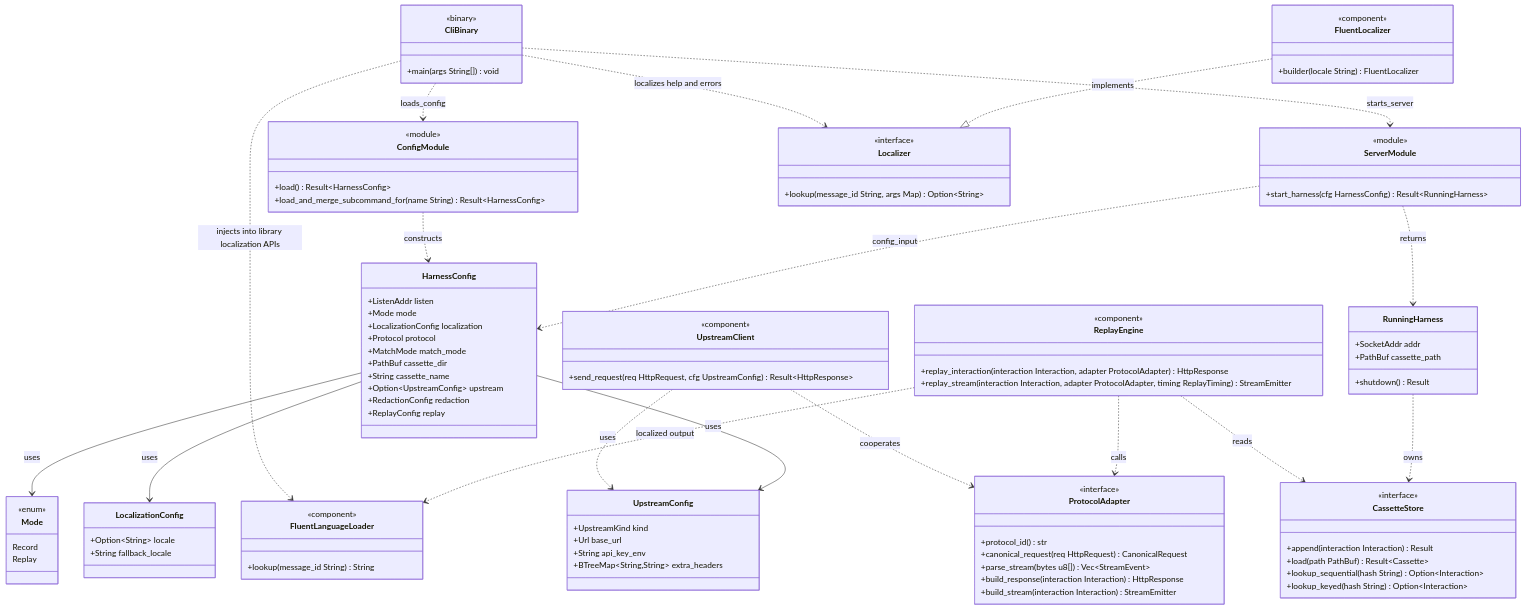
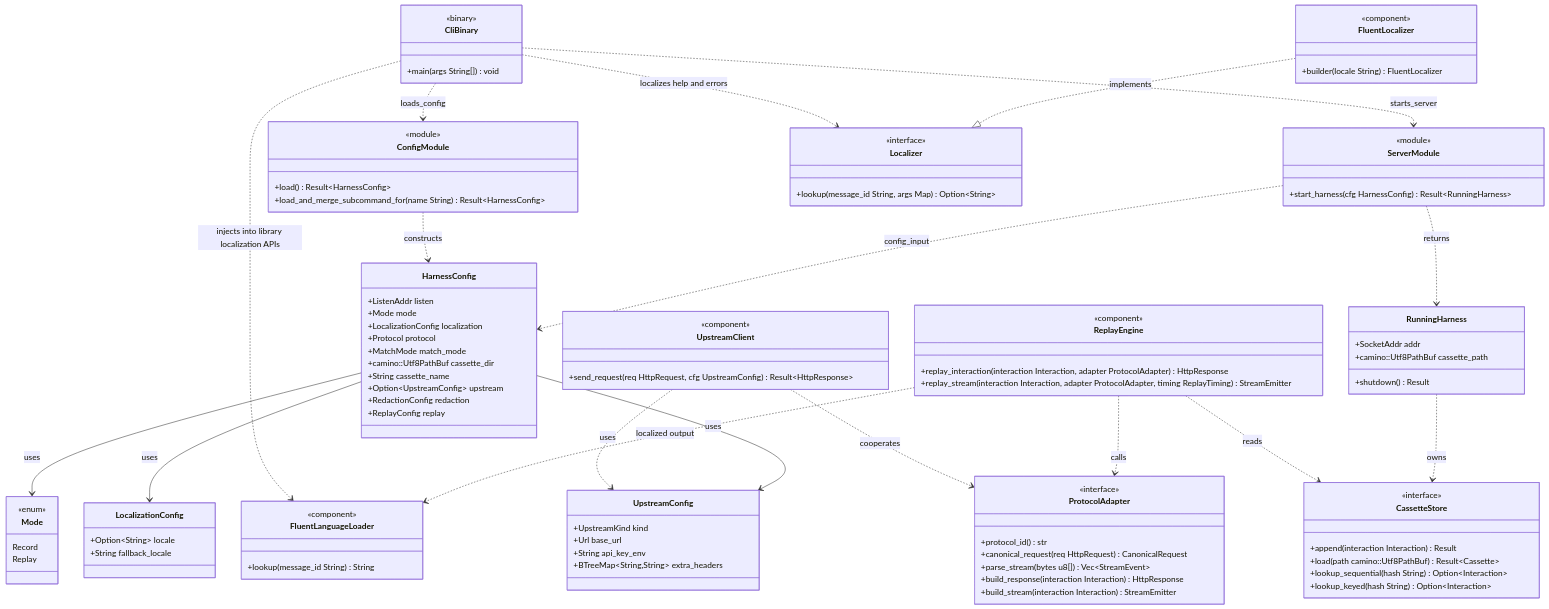
Before and after one commit to leynos/spycatcher-harness: the third of 3 diagrams in docs/spycatcher-harness-design.md, drawn with Mermaid. The commit also changed other lines of this file and 25 other files, not shown here.

```diff
--- a/docs/spycatcher-harness-design.md
+++ b/docs/spycatcher-harness-design.md
@@ -654,7 +658,7 @@
     +LocalizationConfig localization
     +Protocol protocol
     +MatchMode match_mode
-    +PathBuf cassette_dir
+    +camino::Utf8PathBuf cassette_dir
     +String cassette_name
     +Option~UpstreamConfig~ upstream
     +RedactionConfig redaction
@@ -691,14 +695,14 @@
   class CassetteStore {
     <<interface>>
     +append(interaction Interaction) Result
-    +load(path PathBuf) Result~Cassette~
+    +load(path camino::Utf8PathBuf) Result~Cassette~
     +lookup_sequential(hash String) Option~Interaction~
     +lookup_keyed(hash String) Option~Interaction~
   }
 
   class RunningHarness {
     +SocketAddr addr
-    +PathBuf cassette_path
+    +camino::Utf8PathBuf cassette_path
     +shutdown() Result
   }
 
```
